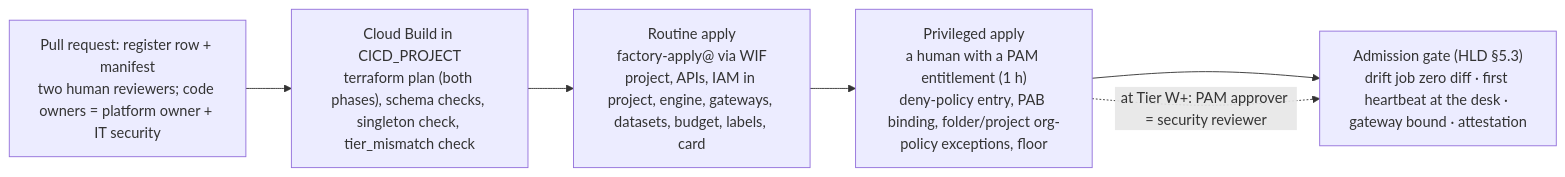
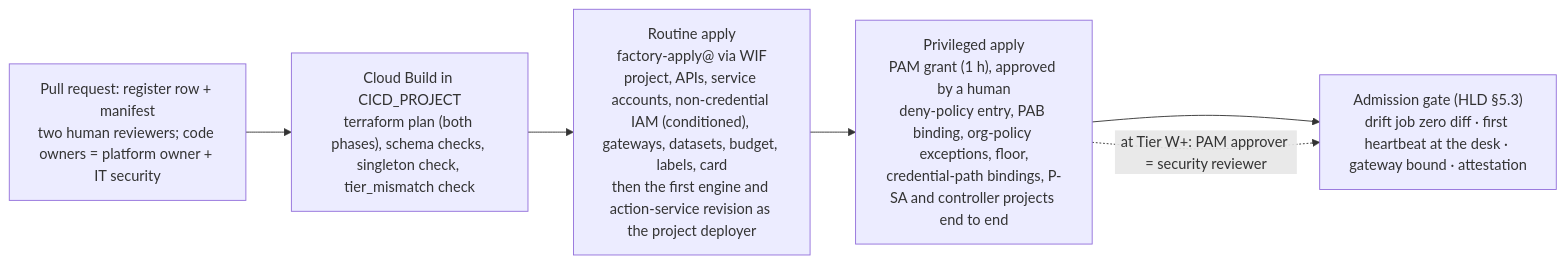
Before and after one commit to jsbdfgidsfg/agentic-platform: the third of 3 diagrams in platform/agentic-platform/02-landing-zone-and-tiers.md, drawn with Mermaid. The commit also changed other lines of this file and 12 other files, not shown here.

````diff
--- a/platform/agentic-platform/02-landing-zone-and-tiers.md
+++ b/platform/agentic-platform/02-landing-zone-and-tiers.md
@@ -418,10 +422,10 @@
 ```mermaid
 flowchart LR
     PR["Pull request: register row + manifest<br/>two human reviewers; code owners = platform owner + IT security"]
     PLAN["Cloud Build in CICD_PROJECT<br/>terraform plan (both phases), schema checks, singleton check, tier_mismatch check"]
-    R1["Routine apply<br/>factory-apply@ via WIF<br/>project, APIs, IAM in project, engine, gateways, datasets, budget, labels, card"]
-    P1["Privileged apply<br/>a human with a PAM entitlement (1 h)<br/>deny-policy entry, PAB binding, folder/project org-policy exceptions, floor"]
+    R1["Routine apply<br/>factory-apply@ via WIF<br/>project, APIs, service accounts, non-credential IAM (conditioned), gateways, datasets, budget, labels, card<br/>then the first engine and action-service revision as the project deployer"]
+    P1["Privileged apply<br/>PAM grant (1 h), approved by a human<br/>deny-policy entry, PAB binding, org-policy exceptions, floor,<br/>credential-path bindings, P-SA and controller projects end to end"]
     GATE["Admission gate (HLD §5.3)<br/>drift job zero diff · first heartbeat at the desk · gateway bound · attestation"]
     PR --> PLAN --> R1 --> P1 --> GATE
     P1 -. "at Tier W+: PAM approver = security reviewer" .-> GATE
 ```
````
